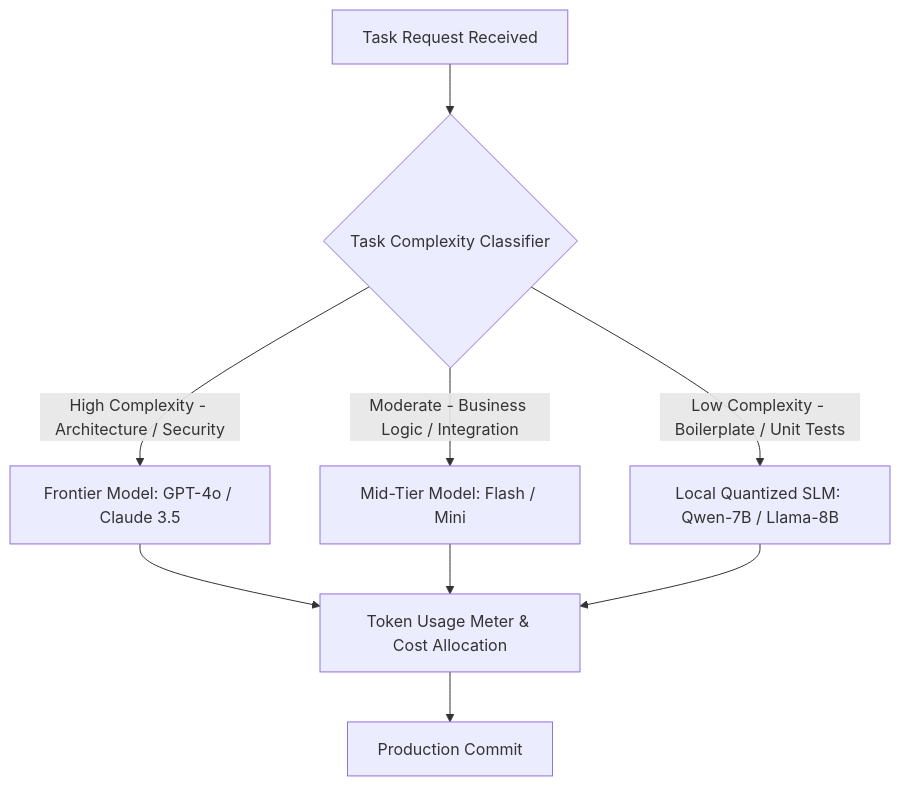
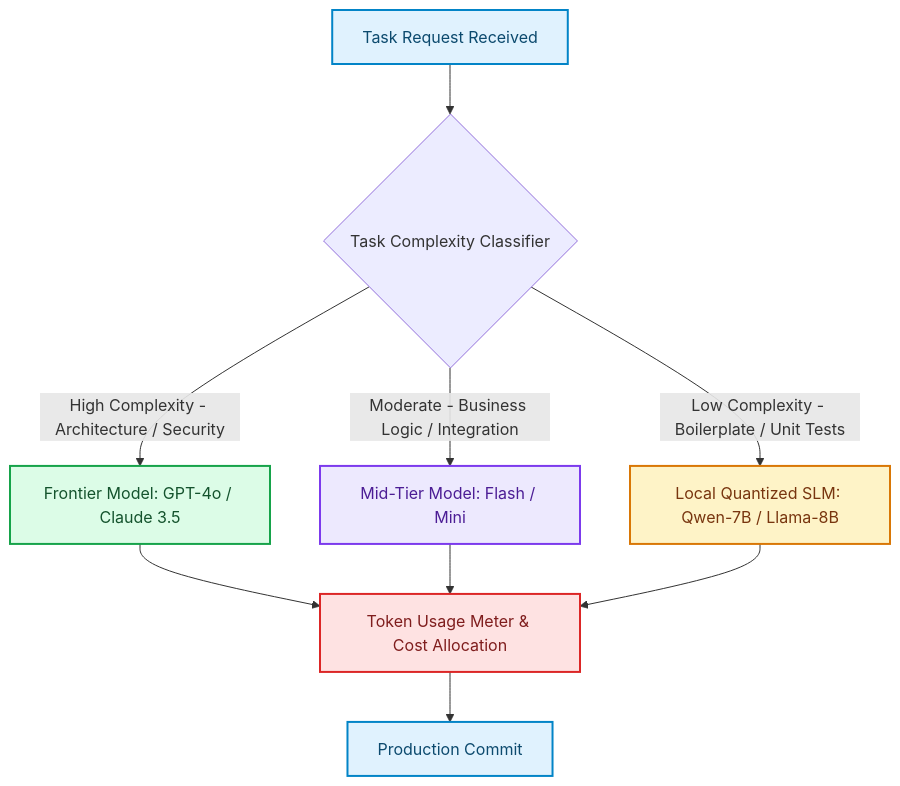
Before and after one commit to akmalkhaniub/akmalkhaniub.github.io: the diagram in blog/posts/tech-lead-ai-token-economics-compute-engineering.md, drawn with Mermaid. The commit also changed other lines of this file and 1291 other files, not shown here.

First line of the commit message:
feat(catalog): unique covers, scholarly references, and diagram palettes

````diff
--- a/blog/posts/tech-lead-ai-token-economics-compute-engineering.md
+++ b/blog/posts/tech-lead-ai-token-economics-compute-engineering.md
@@ -15,12 +15,23 @@
 ```mermaid
 flowchart TD
-  A[Task Request Received] --> B{Task Complexity Classifier}
-  B -->|High Complexity - Architecture / Security| C[Frontier Model: GPT-4o / Claude 3.5]
-  B -->|Moderate - Business Logic / Integration| D[Mid-Tier Model: Flash / Mini]
-  B -->|Low Complexity - Boilerplate / Unit Tests| E[Local Quantized SLM: Qwen-7B / Llama-8B]
+  A["Task Request Received"] --> B{Task Complexity Classifier}
+  B -->|High Complexity - Architecture / Security| C["Frontier Model: GPT-4o / Claude 3.5"]
+  B -->|Moderate - Business Logic / Integration| D["Mid-Tier Model: Flash / Mini"]
+  B -->|Low Complexity - Boilerplate / Unit Tests| E["Local Quantized SLM: Qwen-7B / Llama-8B"]
   
-  C --> F[Token Usage Meter & Cost Allocation]
+  C --> F["Token Usage Meter & Cost Allocation"]
   D --> F
   E --> F
-  F --> G[Production Commit]
+  F --> G["Production Commit"]
+
+classDef green fill:#dcfce7,stroke:#16a34a,stroke-width:2px,color:#14532d;
+classDef red fill:#fee2e2,stroke:#dc2626,stroke-width:2px,color:#7f1d1d;
+classDef blue fill:#e0f2fe,stroke:#0284c7,stroke-width:2px,color:#0c4a6e;
+classDef yellow fill:#fef3c7,stroke:#d97706,stroke-width:2px,color:#78350f;
+classDef purple fill:#ede9fe,stroke:#7c3aed,stroke-width:2px,color:#4c1d95;
+class A,G blue
+class C green
+class D purple
+class E yellow
+class F red
 ```
````
